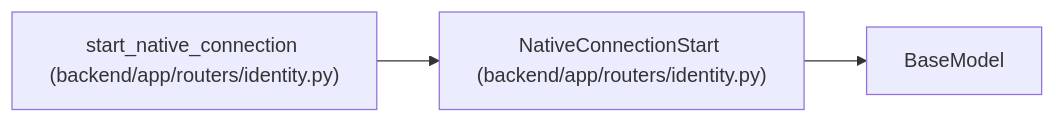
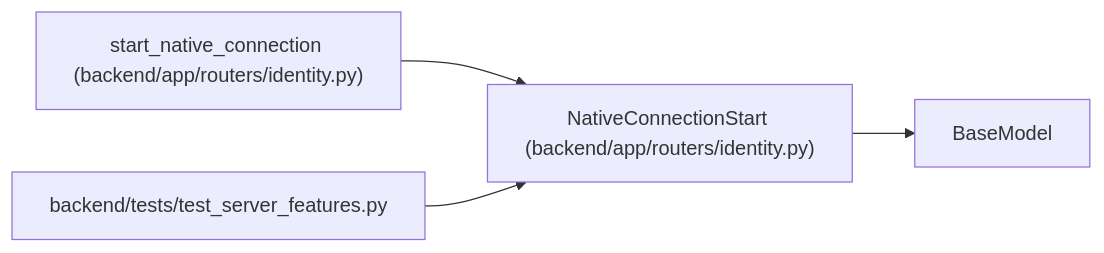
Before and after one commit to Denissvgn/WorkChord: the diagram in docs/llm_wiki/entities/NativeConnectionStart.md, drawn with Mermaid. The commit also changed other lines of this file and 631 other files, not shown here.

Commit message:
docs(wiki): refresh for public server features

````diff
--- a/docs/llm_wiki/entities/NativeConnectionStart.md
+++ b/docs/llm_wiki/entities/NativeConnectionStart.md
@@ -41,10 +41,13 @@
 ```mermaid
 flowchart LR
     n0["NativeConnectionStart (backend/app/routers/identity.py)"]
     n1["BaseModel"]
     n2["start_native_connection (backend/app/routers/identity.py)"]
+    n3["backend/tests/test_server_features.py"]
     n0 --> n1
     n2 --> n0
+    n3 --> n0
     click n0 "../modules/routers_identity.md"
     click n2 "../modules/routers_identity.md"
+    click n3 "../modules/test_server_features.md"
 ```
````
